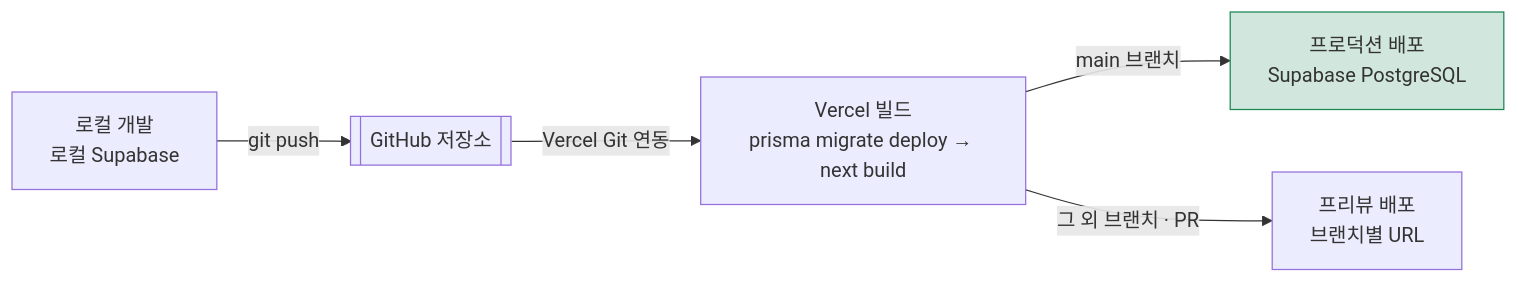
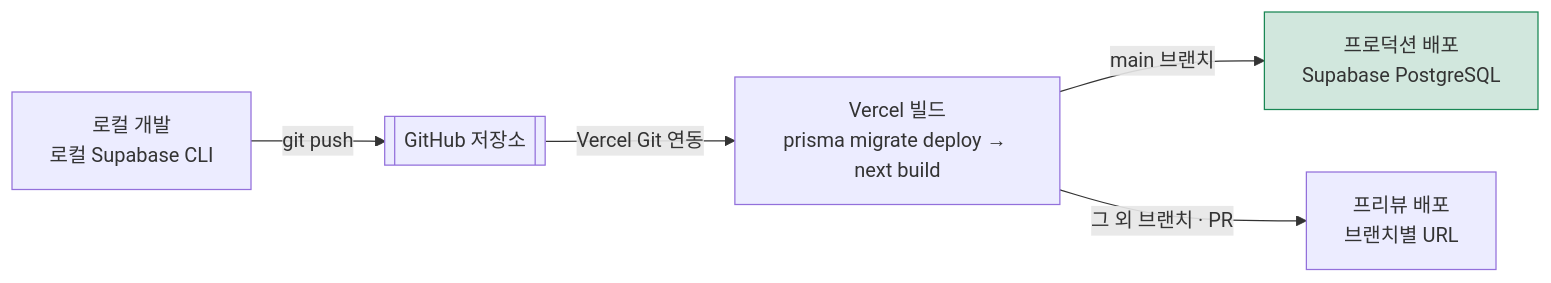
Before and after one commit to soobworks/SRS_project: the fourth of 4 diagrams in SRS_project/같이보기-srs-nextjs-v1_0.md, drawn with Mermaid. The commit also changed other lines of this file and 2 other files, not shown here.

````diff
--- a/SRS_project/같이보기-srs-nextjs-v1_0.md
+++ b/SRS_project/같이보기-srs-nextjs-v1_0.md
@@ -655,9 +657,9 @@
 ```mermaid
 flowchart LR
-    DEV["로컬 개발<br/>로컬 Supabase"] -->|git push| REPO[["GitHub 저장소"]]
+    DEV["로컬 개발<br/>로컬 Supabase CLI"] -->|git push| REPO[["GitHub 저장소"]]
     REPO -->|Vercel Git 연동| BUILD["Vercel 빌드<br/>prisma migrate deploy → next build"]
     BUILD -->|main 브랜치| PROD["프로덕션 배포<br/>Supabase PostgreSQL"]
     BUILD -->|그 외 브랜치 · PR| PREVIEW["프리뷰 배포<br/>브랜치별 URL"]
 
     style PROD fill:#d1e7dd,stroke:#198754
 ```
````
